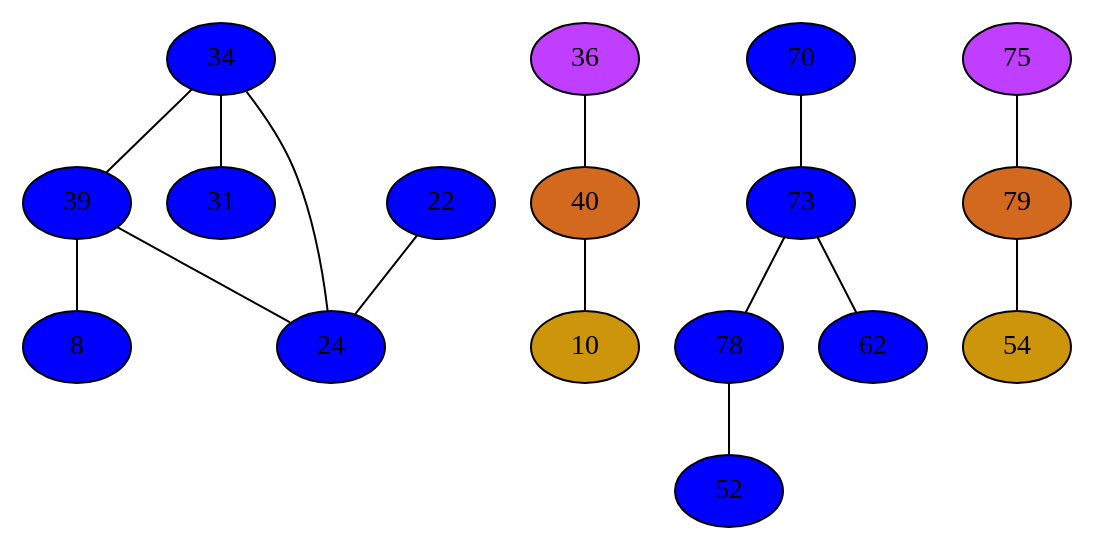
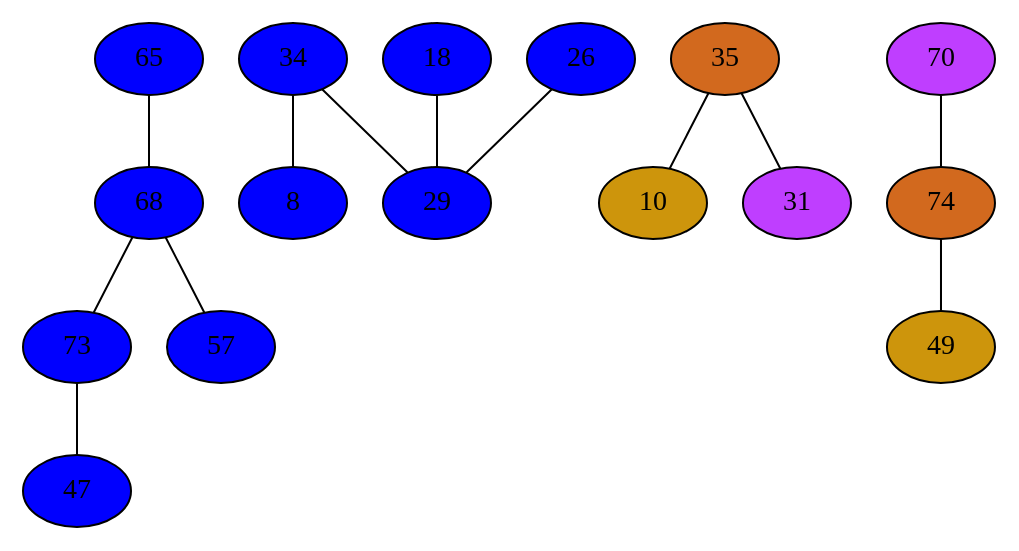
One commit to mbajaj92/Project-Astoria changed the diagram in Compiler/15phiGraph.dot. Above: the diagram before and after it, drawn with Graphviz. The commit also changed 85 other files, not shown here.

```diff
--- a/Compiler/15phiGraph.dot
+++ b/Compiler/15phiGraph.dot
@@ -1,47 +1,42 @@
 strict graph {
+65[label="65" style=filled fillcolor="blue1"];
+65 -- 68
 34[label="34" style=filled fillcolor="blue1"];
-34 -- 39
-34 -- 24
-34 -- 31
-36[label="36" style=filled fillcolor="darkorchid1"];
-36 -- 40
-70[label="70" style=filled fillcolor="blue1"];
-70 -- 73
-39[label="39" style=filled fillcolor="blue1"];
-39 -- 34
-39 -- 8
-39 -- 24
+34 -- 8
+34 -- 29
+35[label="35" style=filled fillcolor="chocolate"];
+35 -- 10
+35 -- 31
+68[label="68" style=filled fillcolor="blue1"];
+68 -- 65
+68 -- 73
+68 -- 57
+70[label="70" style=filled fillcolor="darkorchid1"];
+70 -- 74
 8[label="8" style=filled fillcolor="blue1"];
-8 -- 39
-40[label="40" style=filled fillcolor="chocolate"];
-40 -- 36
-40 -- 10
+8 -- 34
 73[label="73" style=filled fillcolor="blue1"];
-73 -- 70
-73 -- 78
-73 -- 62
+73 -- 68
+73 -- 47
 10[label="10" style=filled fillcolor="darkgoldenrod3"];
-10 -- 40
-75[label="75" style=filled fillcolor="darkorchid1"];
-75 -- 79
-78[label="78" style=filled fillcolor="blue1"];
-78 -- 52
-78 -- 73
-79[label="79" style=filled fillcolor="chocolate"];
-79 -- 54
-79 -- 75
-52[label="52" style=filled fillcolor="blue1"];
-52 -- 78
-22[label="22" style=filled fillcolor="blue1"];
-22 -- 24
-54[label="54" style=filled fillcolor="darkgoldenrod3"];
-54 -- 79
-24[label="24" style=filled fillcolor="blue1"];
-24 -- 34
-24 -- 22
-24 -- 39
-62[label="62" style=filled fillcolor="blue1"];
-62 -- 73
-31[label="31" style=filled fillcolor="blue1"];
-31 -- 34
+10 -- 35
+74[label="74" style=filled fillcolor="chocolate"];
+74 -- 49
+74 -- 70
+47[label="47" style=filled fillcolor="blue1"];
+47 -- 73
+49[label="49" style=filled fillcolor="darkgoldenrod3"];
+49 -- 74
+18[label="18" style=filled fillcolor="blue1"];
+18 -- 29
+57[label="57" style=filled fillcolor="blue1"];
+57 -- 68
+26[label="26" style=filled fillcolor="blue1"];
+26 -- 29
+29[label="29" style=filled fillcolor="blue1"];
+29 -- 34
+29 -- 18
+29 -- 26
+31[label="31" style=filled fillcolor="darkorchid1"];
+31 -- 35
 }
```
